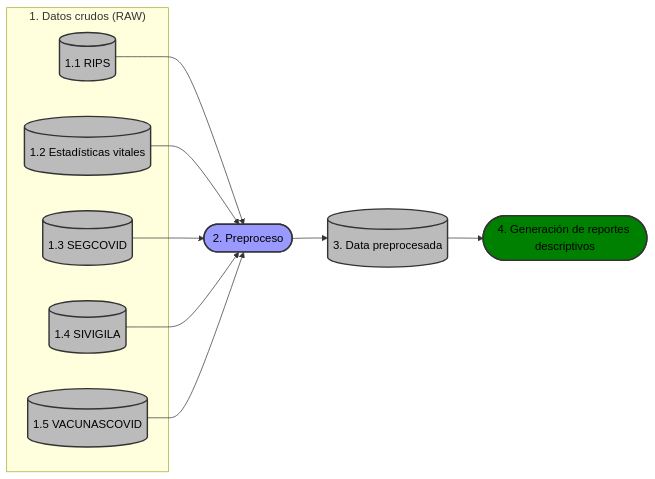
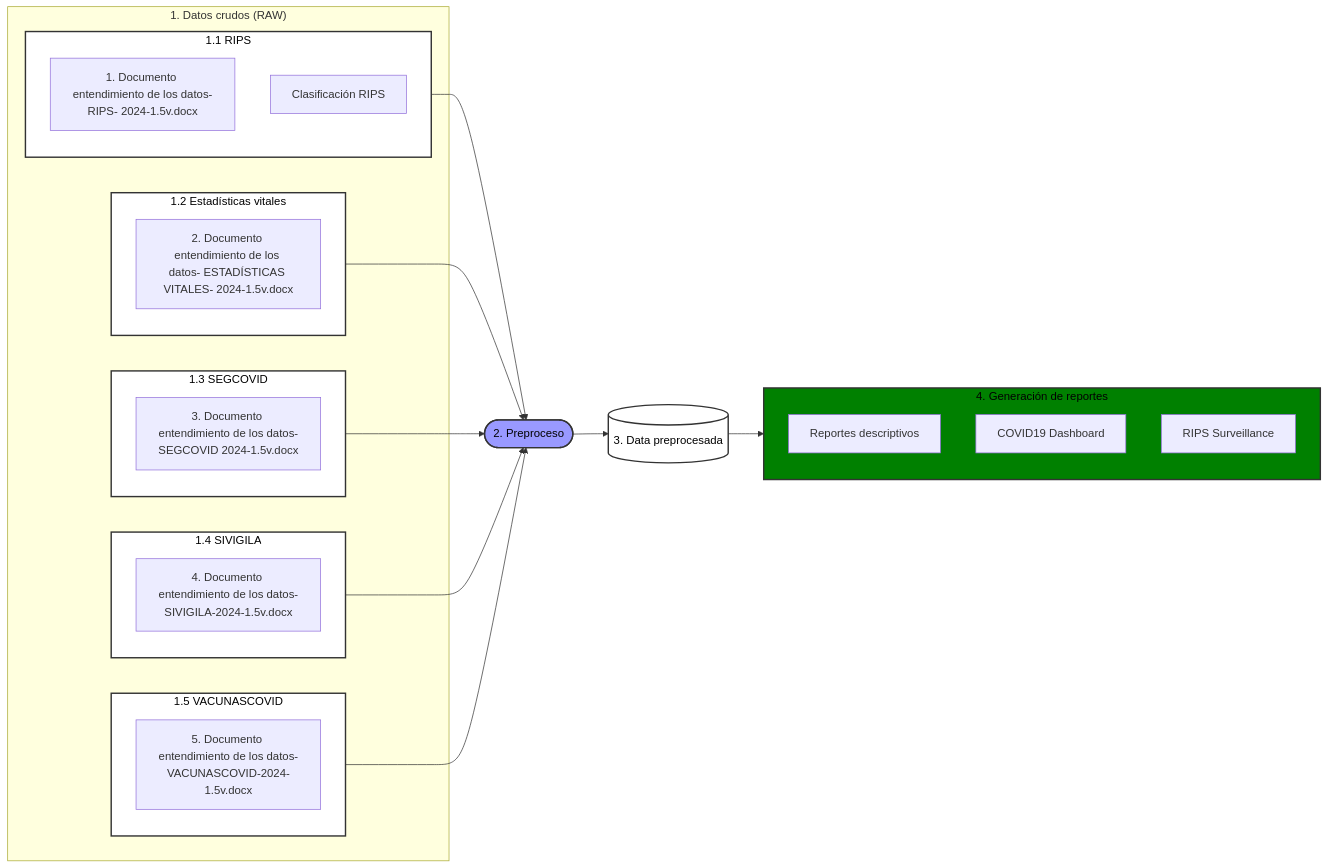
The diagram in profile/DataLake/FlujoDatos.md (AGORA-COL/.github), drawn with Mermaid before and after one commit. The commit also changed other lines of this file and 3 other files, not shown here.

````diff
--- a/profile/DataLake/FlujoDatos.md
+++ b/profile/DataLake/FlujoDatos.md
@@ -8,40 +8,65 @@
 ```mermaid
 flowchart LR
-    subgraph "1. Datos crudos (RAW)"
-        A[(1.1 RIPS)]
-        B[(1.2 Estadísticas vitales)]
-        C[(1.3 SEGCOVID)]
-        D[(1.4 SIVIGILA)]
-        E[(1.5 VACUNASCOVID)]
+    subgraph R["1. Datos crudos (RAW)"]
+        subgraph A[1.1 RIPS]
+            DRIPS1[1. Documento entendimiento de los datos-RIPS- 2024-1.5v.docx]
+            CRIPS1[Clasificación RIPS]
+        end
+        subgraph B[1.2 Estadísticas vitales]
+            DRIPS2[2. Documento entendimiento de los datos- ESTADÍSTICAS VITALES- 2024-1.5v.docx]
+        end
+        subgraph C[1.3 SEGCOVID]
+            DRIPS3[3. Documento entendimiento de los datos-SEGCOVID 2024-1.5v.docx]
+        end
+        subgraph D[1.4 SIVIGILA]
+            DRIPS4[4. Documento entendimiento de los datos-SIVIGILA-2024-1.5v.docx]
+        end
+        subgraph E[1.5 VACUNASCOVID]
+            DRIPS5[5. Documento entendimiento de los datos-VACUNASCOVID-2024-1.5v.docx]
+        end
     end
 
     F([2. Preproceso])
     DP[("3. Data preprocesada")]
-    G(["4. Generación de reportes descriptivos"])
+    subgraph G["4. Generación de reportes"]
+        RD[Reportes descriptivos]
+        DB[COVID19 Dashboard]
+        RS[RIPS Surveillance]
+    end
 
 
     A --> F
     B --> F
     C --> F
     D --> F
     E --> F
 
     F --> DP
     
     DP --> G
 
 
-    classDef data fill:#999,stroke:#333,stroke-width:2px,color:#000;
+    classDef data fill:#fff,stroke:#333,stroke-width:2px,color:#000;
     classDef process fill:#99f,stroke:#333,stroke-width:2px,color:black;
-    classDef repository fill:#bbb,stroke:#333,stroke-width:2px,stroke: 5 5,color:#000;
+    classDef repository fill:#fff,stroke:#333,stroke-width:2px,stroke: 5 5,color:#000;
     classDef process2 fill:green,stroke:#333,stroke-width:2px,color:#000;
     classDef report fill:#aeb,stroke:#333,stroke-width:2px,color:#000;
 
     class A,B,C,D,E repository;
     class F process;
     class DP repository;
-    class R1,R2,R3,R4,R5 report;
     class G process2;
 
 
+    click DRIPS1 "https://docs.google.com/document/d/1v1sbOreJdBO0SDKUqhwKxVJw9MxYego8/view"
+    click CRIPS1 "https://drive.google.com/drive/folders/1pApPVLWTkwgCbYgMG0tAWkvJDn2RRe1K"
+
+    click DRIPS2 "https://docs.google.com/document/d/1iS1R8nHHWaVkTCsxTbTI5t9atf6AJeuR/view"
+    click DRIPS3 "https://docs.google.com/document/d/1ErjxN7yliQpPZoOO_h-7L-Qg5XQCONbd/view"
+    click DRIPS4 "https://docs.google.com/document/d/17mFQoDqTd8Azzy9971D3XkibAzFu6egv/view"
+    click DRIPS5 "https://docs.google.com/document/d/1kIC2y6j7VdZ7J-GziTIGz7EuRUx8Aec9/view"
+
+    click RD "https://github.com/AGORA-COL/dl-covid19-descriptive-reports"
+    click DB "https://github.com/AGORA-COL/dl-covid19-col-dashboard"
+    click RS "https://github.com/AGORA-COL/quality-rips-surveillance"
 ```
````
